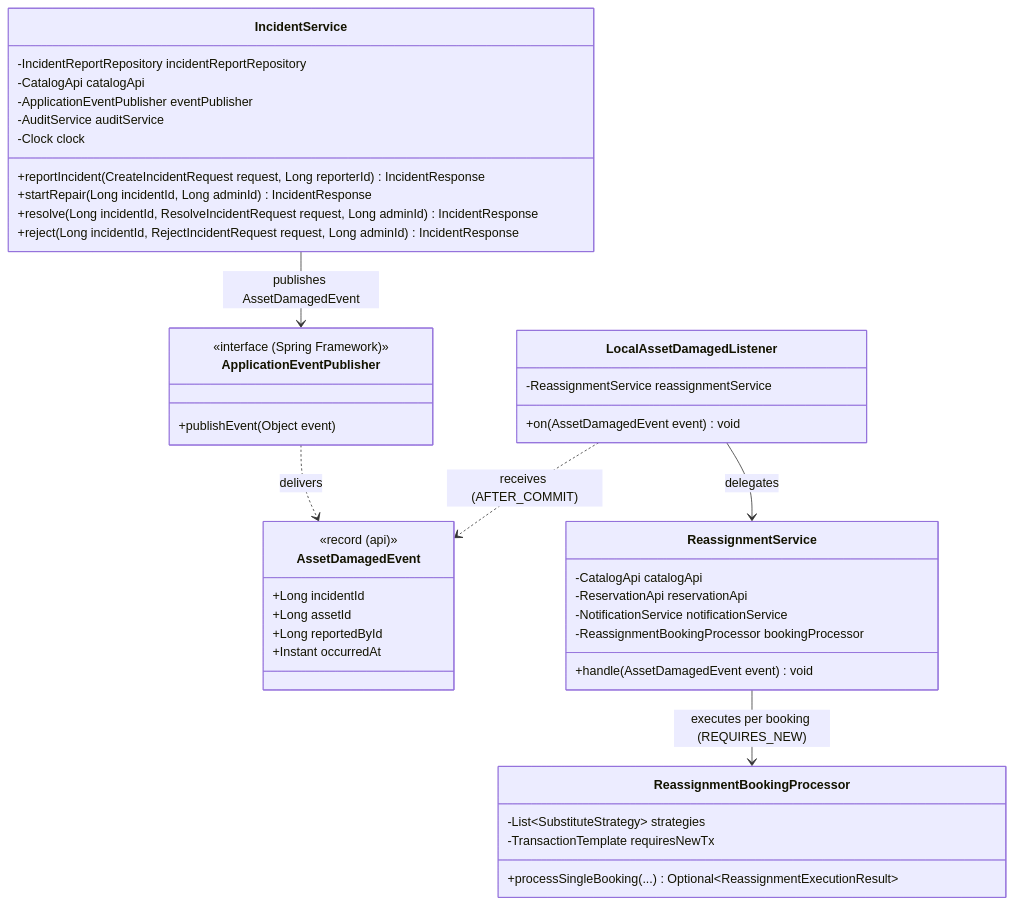
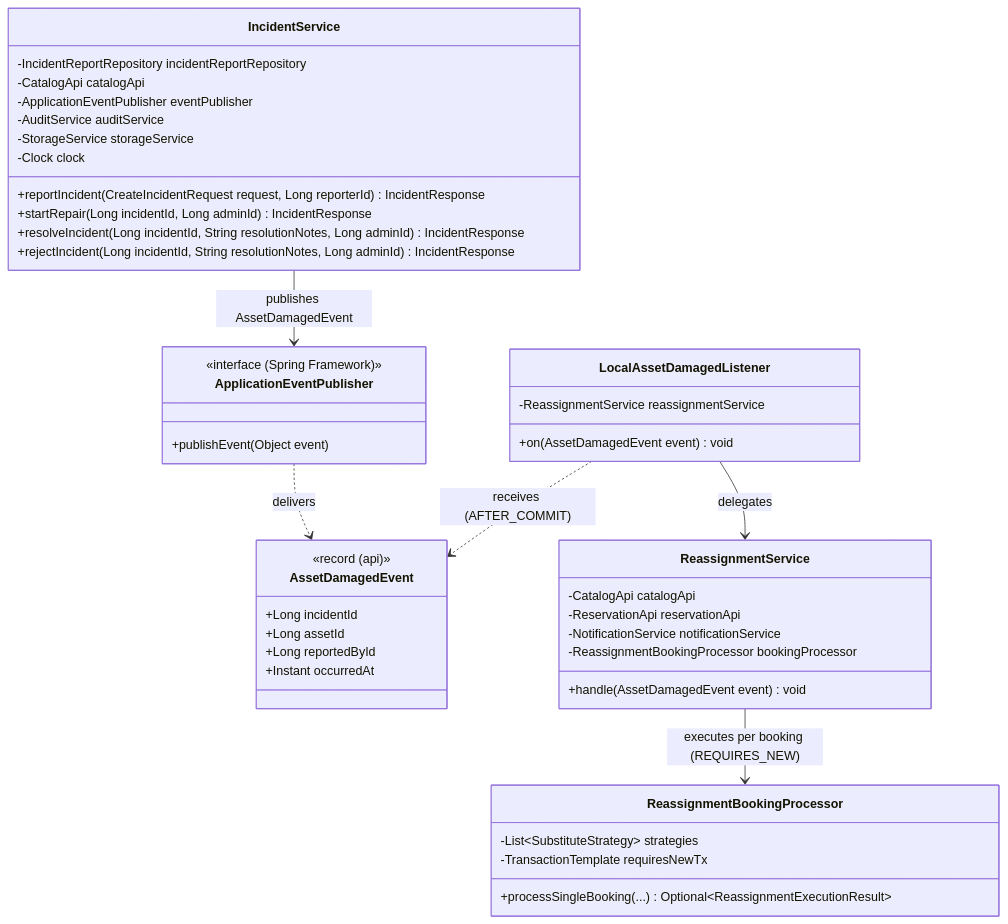
The first of 3 diagrams in docs/patterns/observer-pattern.md (FundamenteleInginerieiSoftware/campus-hub), drawn with Mermaid before and after one commit. The commit also changed other lines of this file, not shown here.

````diff
--- a/docs/patterns/observer-pattern.md
+++ b/docs/patterns/observer-pattern.md
@@ -52,52 +52,53 @@
 ```mermaid
 classDiagram
     class ApplicationEventPublisher {
         <<interface (Spring Framework)>>
         +publishEvent(Object event)
     }
 
     class AssetDamagedEvent {
         <<record (api)>>
         +Long incidentId
         +Long assetId
         +Long reportedById
         +Instant occurredAt
     }
 
     class IncidentService {
         -IncidentReportRepository incidentReportRepository
         -CatalogApi catalogApi
         -ApplicationEventPublisher eventPublisher
         -AuditService auditService
+        -StorageService storageService
         -Clock clock
         +reportIncident(CreateIncidentRequest request, Long reporterId) IncidentResponse
         +startRepair(Long incidentId, Long adminId) IncidentResponse
-        +resolve(Long incidentId, ResolveIncidentRequest request, Long adminId) IncidentResponse
-        +reject(Long incidentId, RejectIncidentRequest request, Long adminId) IncidentResponse
+        +resolveIncident(Long incidentId, String resolutionNotes, Long adminId) IncidentResponse
+        +rejectIncident(Long incidentId, String resolutionNotes, Long adminId) IncidentResponse
     }
 
     class LocalAssetDamagedListener {
         -ReassignmentService reassignmentService
         +on(AssetDamagedEvent event) void
     }
 
     class ReassignmentService {
         -CatalogApi catalogApi
         -ReservationApi reservationApi
         -NotificationService notificationService
         -ReassignmentBookingProcessor bookingProcessor
         +handle(AssetDamagedEvent event) void
     }
 
     class ReassignmentBookingProcessor {
         -List~SubstituteStrategy~ strategies
         -TransactionTemplate requiresNewTx
         +processSingleBooking(...) Optional~ReassignmentExecutionResult~
     }
 
     IncidentService --> ApplicationEventPublisher : publishes AssetDamagedEvent
     ApplicationEventPublisher ..> AssetDamagedEvent : delivers
     LocalAssetDamagedListener ..> AssetDamagedEvent : receives (AFTER_COMMIT)
     LocalAssetDamagedListener --> ReassignmentService : delegates
     ReassignmentService --> ReassignmentBookingProcessor : executes per booking (REQUIRES_NEW)
 ```
````
